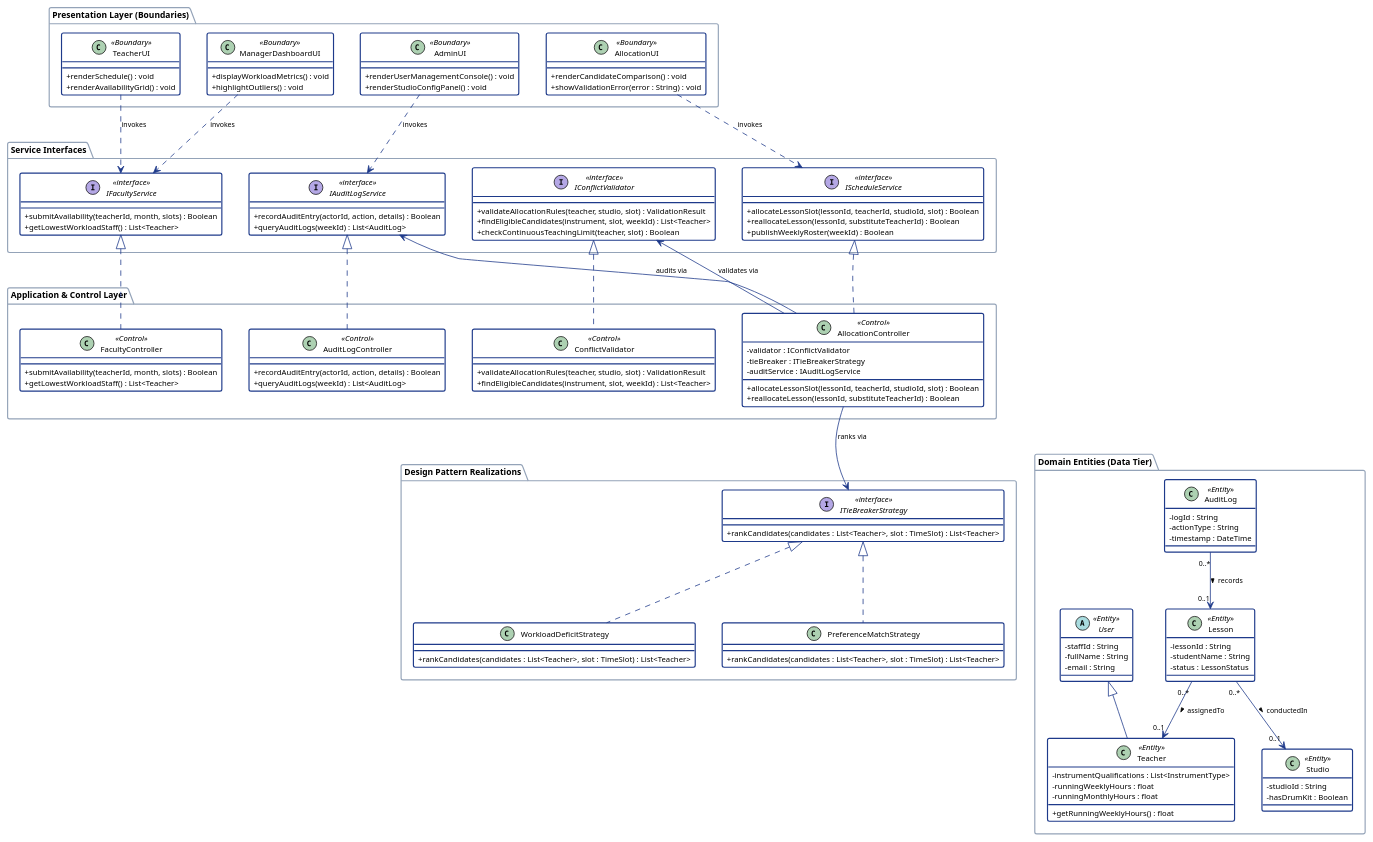
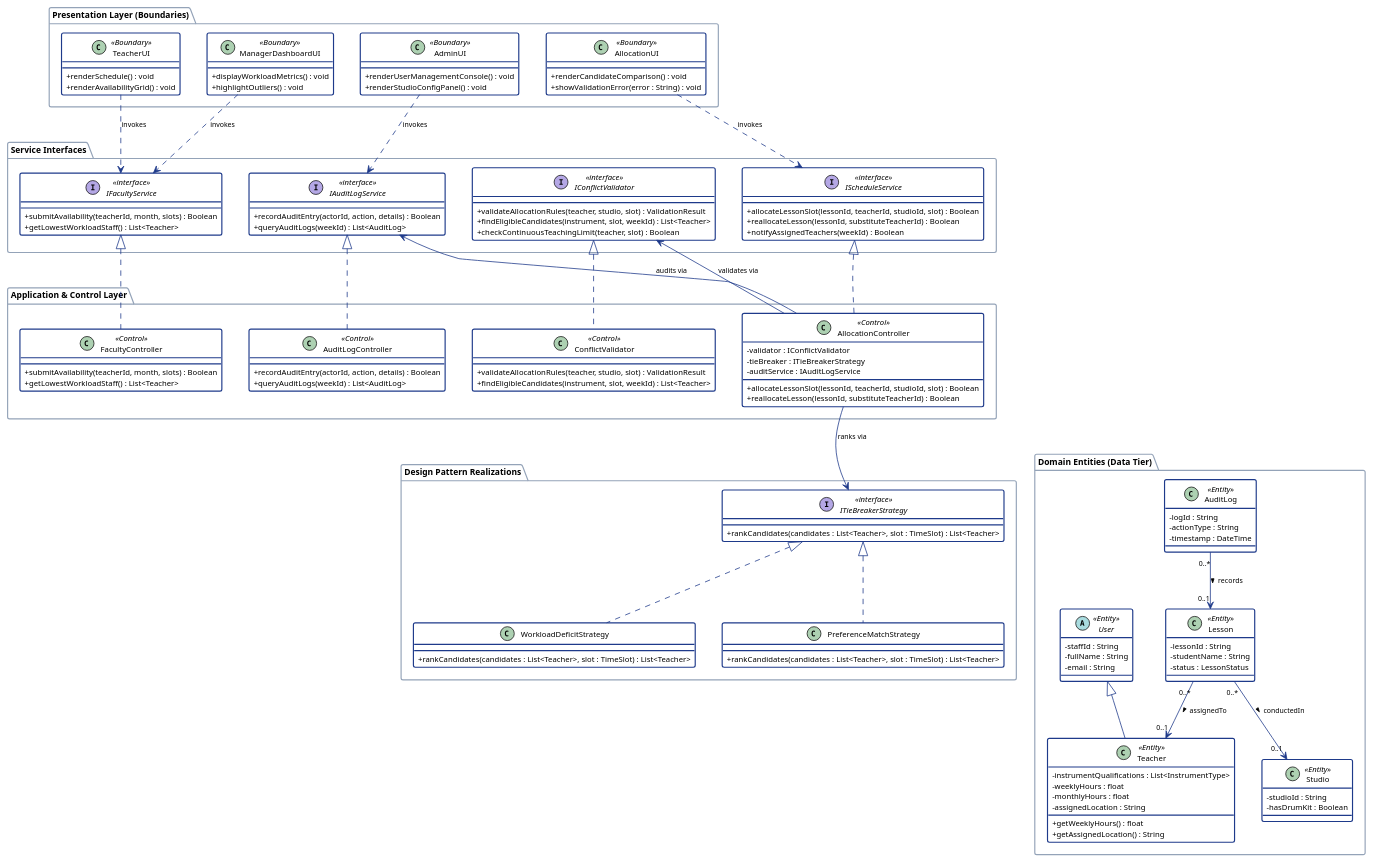
Before and after one commit to adoreblvnk/2001temp: the diagram in report/assets/m2/final_class_diagram.puml, drawn with PlantUML. The commit also changed 11 other files, not shown here.

```diff
--- a/report/assets/m2/final_class_diagram.puml
+++ b/report/assets/m2/final_class_diagram.puml
@@ -1,165 +1,167 @@
 @startuml final_class_diagram
 top to bottom direction
 skinparam classAttributeIconSize 0
 skinparam shadowing false
 skinparam defaultFontName "Helvetica", "Arial", sans-serif
 skinparam defaultFontSize 10
 skinparam class {
     BackgroundColor #FFFFFF
     BorderColor #1E3A8A
     BorderThickness 1.5
 }
 skinparam arrow {
     Color #1E3A8A
     FontSize 9
 }
 skinparam interface {
     BackgroundColor #EFF6FF
     BorderColor #2563EB
     BorderThickness 1.5
 }
 skinparam package {
     BorderColor #94A3B8
     FontStyle bold
     FontSize 11
 }
 
 ' Group 1: Presentation Layer (Boundaries)
 package "Presentation Layer (Boundaries)" {
     class AllocationUI <<Boundary>> {
         +renderCandidateComparison() : void
         +showValidationError(error : String) : void
     }
     class ManagerDashboardUI <<Boundary>> {
         +displayWorkloadMetrics() : void
         +highlightOutliers() : void
     }
     class TeacherUI <<Boundary>> {
         +renderSchedule() : void
         +renderAvailabilityGrid() : void
     }
     class AdminUI <<Boundary>> {
         +renderUserManagementConsole() : void
         +renderStudioConfigPanel() : void
     }
 }
 
 ' Group 2: Service Interfaces
 package "Service Interfaces" {
     interface IScheduleService <<interface>> {
         +allocateLessonSlot(lessonId, teacherId, studioId, slot) : Boolean
         +reallocateLesson(lessonId, substituteTeacherId) : Boolean
-        +publishWeeklyRoster(weekId) : Boolean
+        +notifyAssignedTeachers(weekId) : Boolean
     }
     interface IConflictValidator <<interface>> {
         +validateAllocationRules(teacher, studio, slot) : ValidationResult
         +findEligibleCandidates(instrument, slot, weekId) : List<Teacher>
         +checkContinuousTeachingLimit(teacher, slot) : Boolean
     }
     interface IFacultyService <<interface>> {
         +submitAvailability(teacherId, month, slots) : Boolean
         +getLowestWorkloadStaff() : List<Teacher>
     }
     interface IAuditLogService <<interface>> {
         +recordAuditEntry(actorId, action, details) : Boolean
         +queryAuditLogs(weekId) : List<AuditLog>
     }
 }
 
 ' Group 3: Application Controllers
 package "Application & Control Layer" {
     class AllocationController <<Control>> {
         -validator : IConflictValidator
         -tieBreaker : ITieBreakerStrategy
         -auditService : IAuditLogService
         +allocateLessonSlot(lessonId, teacherId, studioId, slot) : Boolean
         +reallocateLesson(lessonId, substituteTeacherId) : Boolean
     }
     class ConflictValidator <<Control>> {
         +validateAllocationRules(teacher, studio, slot) : ValidationResult
         +findEligibleCandidates(instrument, slot, weekId) : List<Teacher>
     }
     class FacultyController <<Control>> {
         +submitAvailability(teacherId, month, slots) : Boolean
         +getLowestWorkloadStaff() : List<Teacher>
     }
     class AuditLogController <<Control>> {
         +recordAuditEntry(actorId, action, details) : Boolean
         +queryAuditLogs(weekId) : List<AuditLog>
     }
 }
 
 ' Group 4: Design Patterns (Strategy)
 package "Design Pattern Realizations" {
     interface ITieBreakerStrategy <<interface>> {
         +rankCandidates(candidates : List<Teacher>, slot : TimeSlot) : List<Teacher>
     }
     class WorkloadDeficitStrategy {
         +rankCandidates(candidates : List<Teacher>, slot : TimeSlot) : List<Teacher>
     }
     class PreferenceMatchStrategy {
         +rankCandidates(candidates : List<Teacher>, slot : TimeSlot) : List<Teacher>
     }
 }
 
 ' Group 5: Domain Entities
 package "Domain Entities (Data Tier)" {
     abstract class User <<Entity>> {
         - staffId : String
         - fullName : String
         - email : String
     }
     class Teacher <<Entity>> {
         - instrumentQualifications : List<InstrumentType>
-        - runningWeeklyHours : float
-        - runningMonthlyHours : float
-        + getRunningWeeklyHours() : float
+        - weeklyHours : float
+        - monthlyHours : float
+        - assignedLocation : String
+        + getWeeklyHours() : float
+        + getAssignedLocation() : String
     }
     class Lesson <<Entity>> {
         - lessonId : String
         - studentName : String
         - status : LessonStatus
     }
     class Studio <<Entity>> {
         - studioId : String
         - hasDrumKit : Boolean
     }
     class AuditLog <<Entity>> {
         - logId : String
         - actionType : String
         - timestamp : DateTime
     }
 }
 
 ' Realizations
 AllocationController .up.|> IScheduleService
 ConflictValidator .up.|> IConflictValidator
 FacultyController .up.|> IFacultyService
 AuditLogController .up.|> IAuditLogService
 WorkloadDeficitStrategy .up.|> ITieBreakerStrategy
 PreferenceMatchStrategy .up.|> ITieBreakerStrategy
 
 ' Boundary Invocations
 AllocationUI ..> IScheduleService : invokes
 ManagerDashboardUI ..> IFacultyService : invokes
 TeacherUI ..> IFacultyService : invokes
 AdminUI ..> IAuditLogService : invokes
 
 ' Delegations
 AllocationController --> IConflictValidator : validates via
 AllocationController --> ITieBreakerStrategy : ranks via
 AllocationController --> IAuditLogService : audits via
 
 ' Entity relationships
 User <|-- Teacher
 Lesson "0..*" --> "0..1" Teacher : assignedTo >
 Lesson "0..*" --> "0..1" Studio : conductedIn >
 AuditLog "0..*" --> "0..1" Lesson : records >
 
 ' Vertical order constraints
 AllocationUI -[hidden]down-> IScheduleService
 IScheduleService -[hidden]down-> AllocationController
 AllocationController -[hidden]down-> ITieBreakerStrategy
 ITieBreakerStrategy -[hidden]down-> User
 
 @enduml
```
